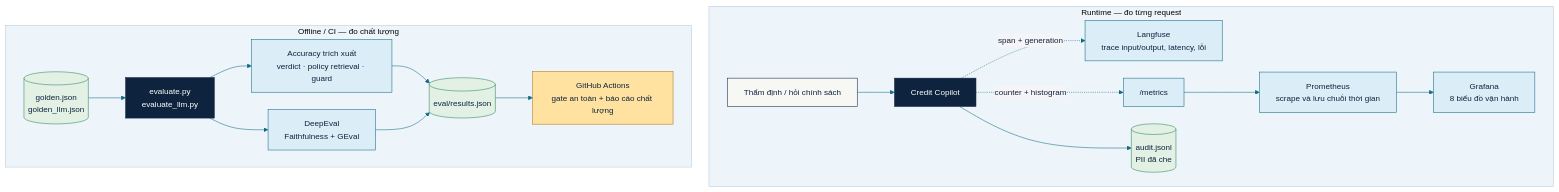
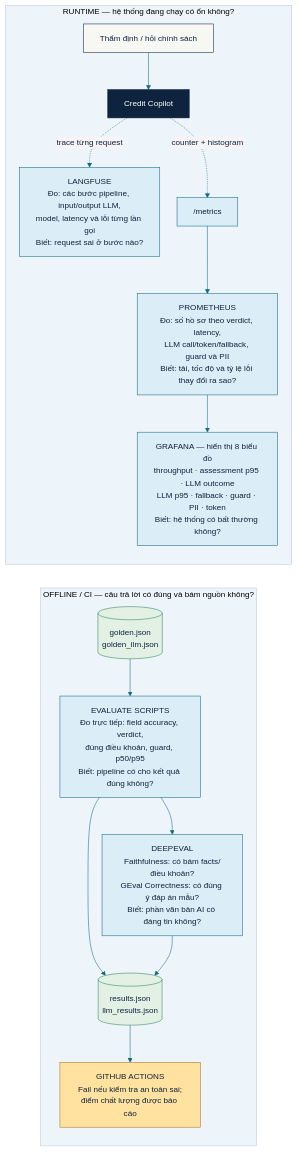
One commit to ydangishere/dev-projects changed the second of 5 diagrams in bank-credit-copilot/README.md. Above: the diagram before and after it, drawn with Mermaid. The commit also changed other lines of this file, not shown here.

Commit message:
docs(credit-copilot): clarify what observability tools measure

````diff
--- a/bank-credit-copilot/README.md
+++ b/bank-credit-copilot/README.md
@@ -86,30 +86,32 @@
 ```mermaid
 %%{init: {"theme":"base","themeVariables":{"fontFamily":"Arial, sans-serif","fontSize":"15px","primaryColor":"#F7F7F4","primaryBorderColor":"#0E233D","primaryTextColor":"#0E233D","lineColor":"#106A84","clusterBkg":"#EEF5FA","clusterBorder":"#B9CAD9"},"flowchart":{"curve":"basis","nodeSpacing":32,"rankSpacing":44}}}%%
 flowchart TB
-    subgraph RUNTIME["Runtime — đo từng request"]
+    subgraph RUNTIME["RUNTIME — hệ thống đang chạy có ổn không?"]
+        direction TB
         REQ["Thẩm định / hỏi chính sách"] --> APP["Credit Copilot"]
-        APP -. "span + generation" .-> LF["Langfuse<br/>trace input/output, latency, lỗi"]
+        APP -. "trace từng request" .-> LF["LANGFUSE<br/>Đo: các bước pipeline, input/output LLM,<br/>model, latency và lỗi từng lần gọi<br/>Biết: request sai ở bước nào?"]
         APP -. "counter + histogram" .-> METRICS["/metrics"]
-        METRICS --> PROM["Prometheus<br/>scrape và lưu chuỗi thời gian"]
-        PROM --> GRAF["Grafana<br/>8 biểu đồ vận hành"]
-        APP --> AUDIT[("audit.jsonl<br/>PII đã che")]
+        METRICS --> PROM["PROMETHEUS<br/>Đo: số hồ sơ theo verdict, latency,<br/>LLM call/token/fallback, guard và PII<br/>Biết: tải, tốc độ và tỷ lệ lỗi thay đổi ra sao?"]
+        PROM --> GRAF["GRAFANA — hiển thị 8 biểu đồ<br/>throughput · assessment p95 · LLM outcome<br/>LLM p95 · fallback · guard · PII · token<br/>Biết: hệ thống có bất thường không?"]
     end
 
-    subgraph EVALUATION["Offline / CI — đo chất lượng"]
-        GOLDEN[("golden.json<br/>golden_llm.json")] --> SCRIPT["evaluate.py<br/>evaluate_llm.py"]
-        SCRIPT --> RULEMETRIC["Accuracy trích xuất<br/>verdict · policy retrieval · guard"]
-        SCRIPT --> DEEP["DeepEval<br/>Faithfulness + GEval"]
-        RULEMETRIC --> REPORT[("eval/results.json")]
+    subgraph EVALUATION["OFFLINE / CI — câu trả lời có đúng và bám nguồn không?"]
+        direction TB
+        GOLDEN[("golden.json<br/>golden_llm.json")] --> SCRIPT["EVALUATE SCRIPTS<br/>Đo trực tiếp: field accuracy, verdict,<br/>đúng điều khoản, guard, p50/p95<br/>Biết: pipeline có cho kết quả đúng không?"]
+        SCRIPT --> DEEP["DEEPEVAL<br/>Faithfulness: có bám facts/điều khoản?<br/>GEval Correctness: có đúng ý đáp án mẫu?<br/>Biết: phần văn bản AI có đáng tin không?"]
+        SCRIPT --> REPORT[("results.json<br/>llm_results.json")]
         DEEP --> REPORT
-        REPORT --> CI["GitHub Actions<br/>gate an toàn + báo cáo chất lượng"]
+        REPORT --> CI["GITHUB ACTIONS<br/>Fail nếu kiểm tra an toàn sai;<br/>điểm chất lượng được báo cáo"]
     end
+
+    GRAF ~~~ GOLDEN
 
     classDef engine fill:#0E233D,stroke:#0E233D,color:#FFFFFF
     classDef observe fill:#DBEDF7,stroke:#106A84,color:#0E233D
     classDef gate fill:#FFE2A0,stroke:#AC7421,color:#0E233D
     classDef store fill:#E3F1E5,stroke:#2C8259,color:#0E233D
-    class APP,SCRIPT engine
-    class LF,METRICS,PROM,GRAF,DEEP,RULEMETRIC observe
+    class APP engine
+    class LF,METRICS,PROM,GRAF,SCRIPT,DEEP observe
     class CI gate
-    class AUDIT,GOLDEN,REPORT store
+    class GOLDEN,REPORT store
 ```
````
